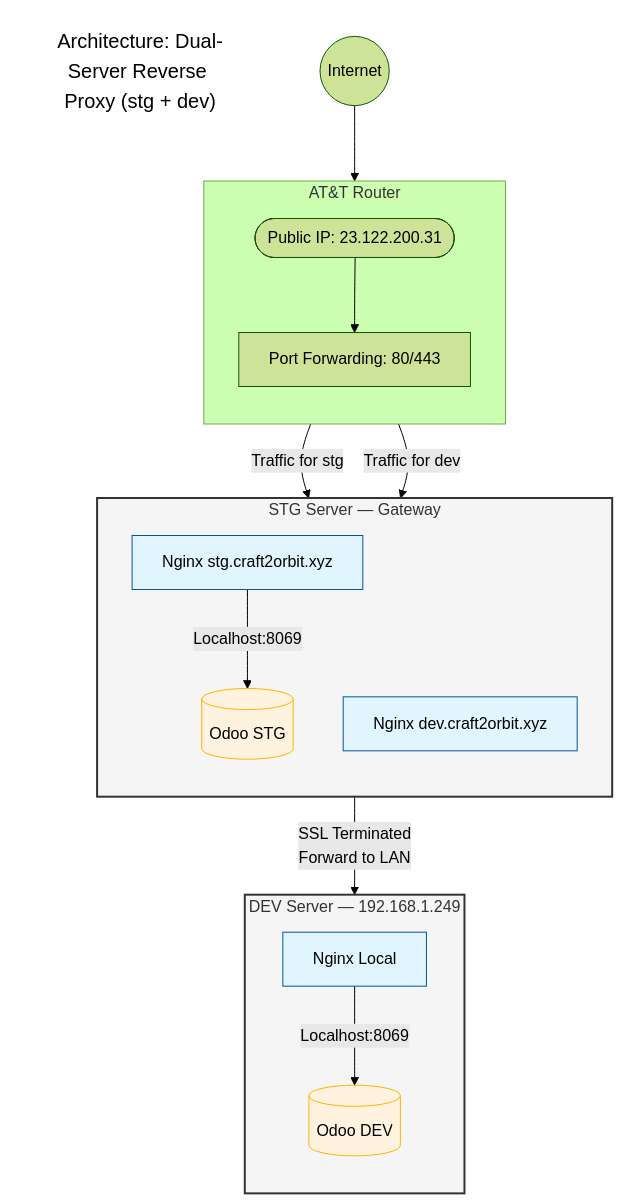
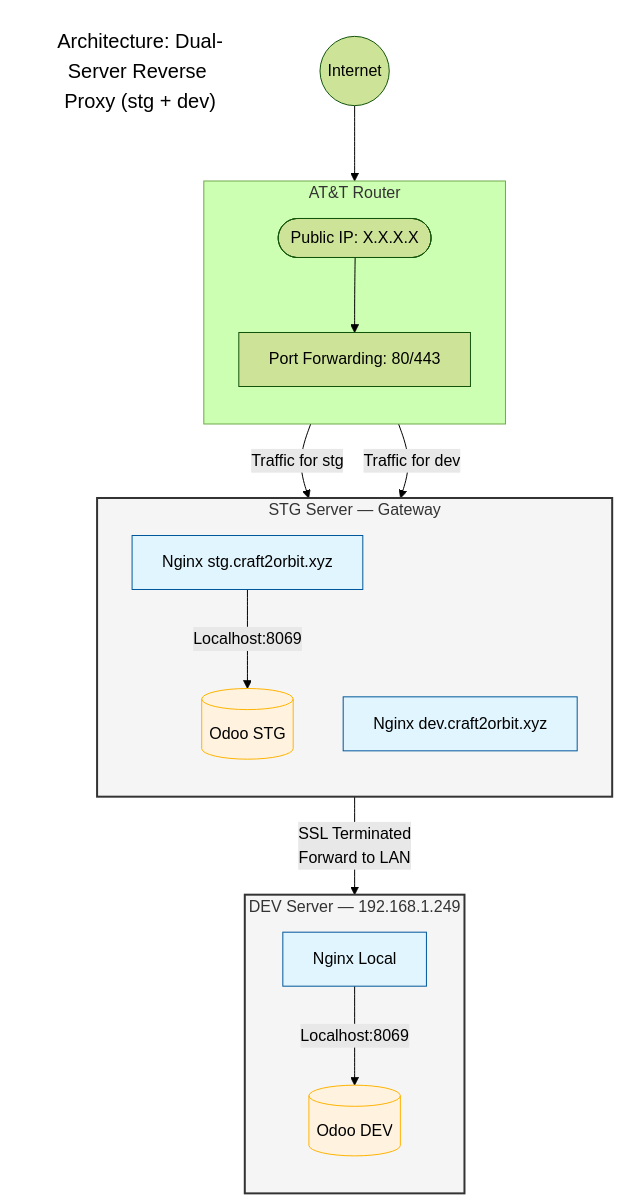
Before and after one commit to otalfredo8/ikyeasight: the first of 2 diagrams in docs/infrastructure.md, drawn with Mermaid (forest theme). The commit also changed other lines of this file, not shown here.

First line of the commit message:
docs: address code review — mask public IP, fix typo, clarify password placeholders

````diff
--- a/docs/infrastructure.md
+++ b/docs/infrastructure.md
@@ -24,45 +24,45 @@
 ```mermaid
 flowchart TB
     title["Architecture: Dual-Server Reverse Proxy (stg + dev)"]
     style title fill:none,stroke:none,font-size:20px
 
     internet((Internet))
 
     subgraph Router [AT&T Router]
         direction TB
-        public_ip([Public IP: 23.122.200.31])
+        public_ip([Public IP: X.X.X.X])
         nat[Port Forwarding: 80/443]
     end
 
     subgraph stg_server ["STG Server — Gateway"]
         direction TB
         nginx_stg[Nginx stg.craft2orbit.xyz]
         nginx_dev_proxy[Nginx dev.craft2orbit.xyz]
         odoo_stg[(Odoo STG)]
     end
 
     subgraph dev_server [DEV Server — 192.168.1.249]
         direction TB
         nginx_local[Nginx Local]
         odoo_dev[(Odoo DEV)]
     end
 
     internet --> public_ip
     public_ip --> nat
 
     nat -->|Traffic for stg| nginx_stg
     nat -->|Traffic for dev| nginx_dev_proxy
 
     nginx_stg -->|Localhost:8069| odoo_stg
 
     nginx_dev_proxy -- "SSL Terminated<br/>Forward to LAN" --> nginx_local
     nginx_local -->|Localhost:8069| odoo_dev
 
     classDef server fill:#f5f5f5,stroke:#333,stroke-width:2px;
     classDef proxy fill:#e1f5fe,stroke:#01579b;
     classDef db fill:#fff3e0,stroke:#ffb300;
 
     class stg_server,dev_server server;
     class nginx_stg,nginx_dev_proxy,nginx_local proxy;
     class odoo_stg,odoo_dev db;
 ```
````
